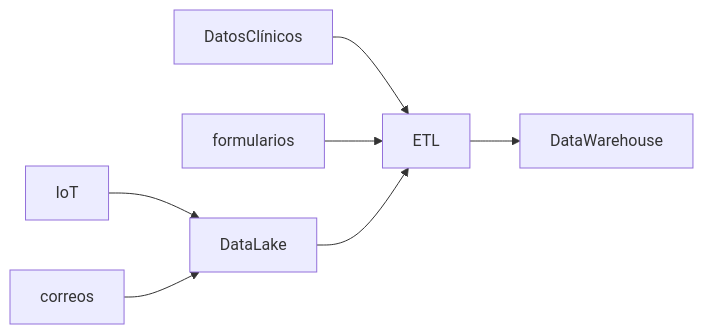
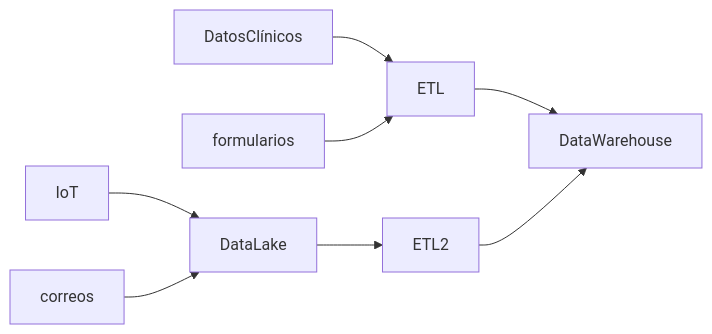
Before and after one commit to git-jrm/ing-datos-M5: the first of 5 diagrams in README.md, drawn with Mermaid.

````diff
--- a/README.md
+++ b/README.md
@@ -43,9 +43,10 @@
 ```mermaid
 graph LR;
   DatosClínicos-->ETL;
   formularios-->ETL;
   IoT-->DataLake;
   correos-->DataLake;
-  DataLake-->ETL;
+  DataLake-->ETL2;
   ETL-->DataWarehouse;
+  ETL2-->DataWarehouse;
 ```
````
